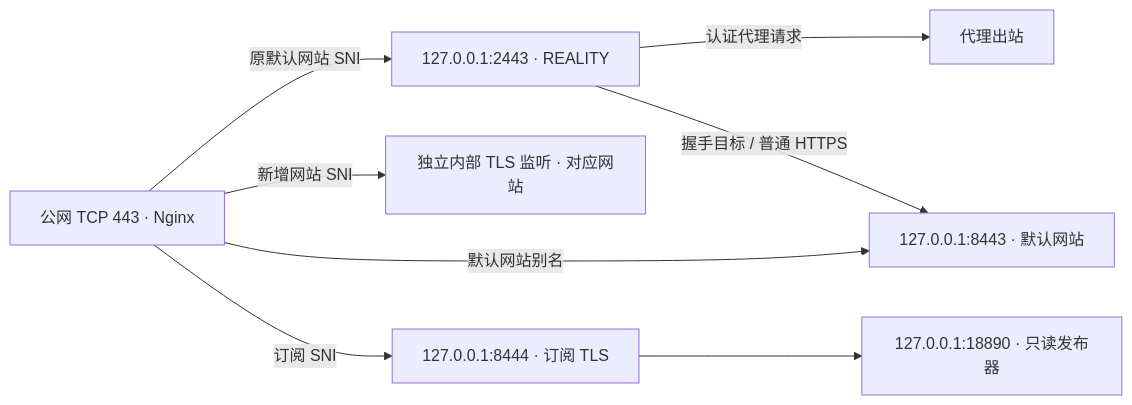
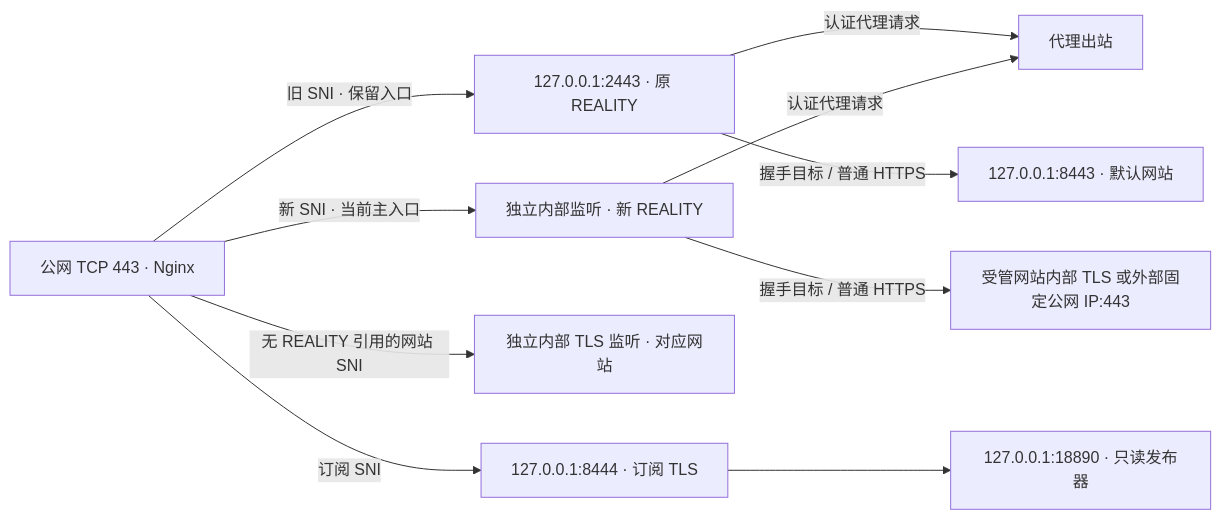
The diagram in README.md (Forlooong/proxyhub), drawn with Mermaid before and after one commit. The commit also changed other lines of this file and 28 other files, not shown here.

Commit message:
feat: add REALITY target and SNI migration

````diff
--- a/README.md
+++ b/README.md
@@ -71,10 +73,12 @@
 ```mermaid
 flowchart LR
-    A[公网 TCP 443 · Nginx] -->|原默认网站 SNI| R[127.0.0.1:2443 · REALITY]
+    A[公网 TCP 443 · Nginx] -->|旧 SNI · 保留入口| R[127.0.0.1:2443 · 原 REALITY]
     R -->|认证代理请求| P[代理出站]
     R -->|握手目标 / 普通 HTTPS| W[127.0.0.1:8443 · 默认网站]
-    A -->|默认网站别名| W
-    A -->|新增网站 SNI| U[独立内部 TLS 监听 · 对应网站]
+    A -->|新 SNI · 当前主入口| N[独立内部监听 · 新 REALITY]
+    N -->|认证代理请求| P
+    N -->|握手目标 / 普通 HTTPS| Q[受管网站内部 TLS 或外部固定公网 IP:443]
+    A -->|无 REALITY 引用的网站 SNI| U[独立内部 TLS 监听 · 对应网站]
     A -->|订阅 SNI| T[127.0.0.1:8444 · 订阅 TLS]
     T --> S[127.0.0.1:18890 · 只读发布器]
 ```
````
